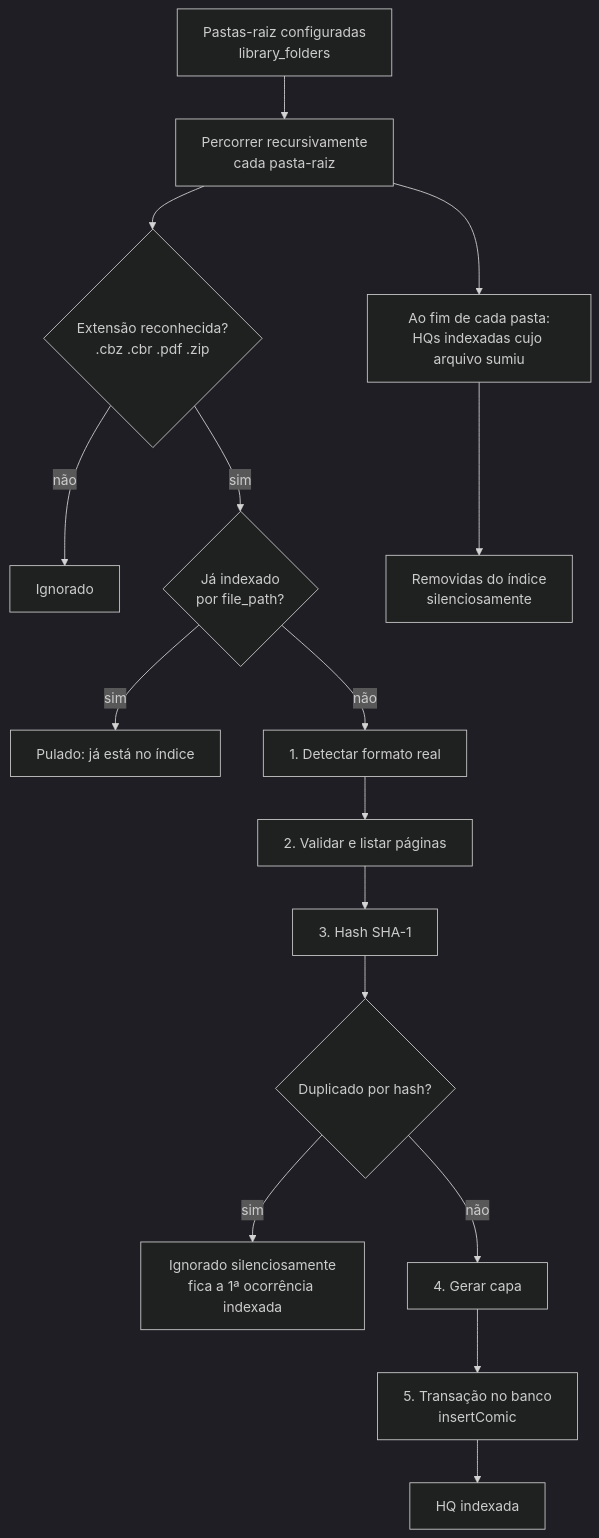
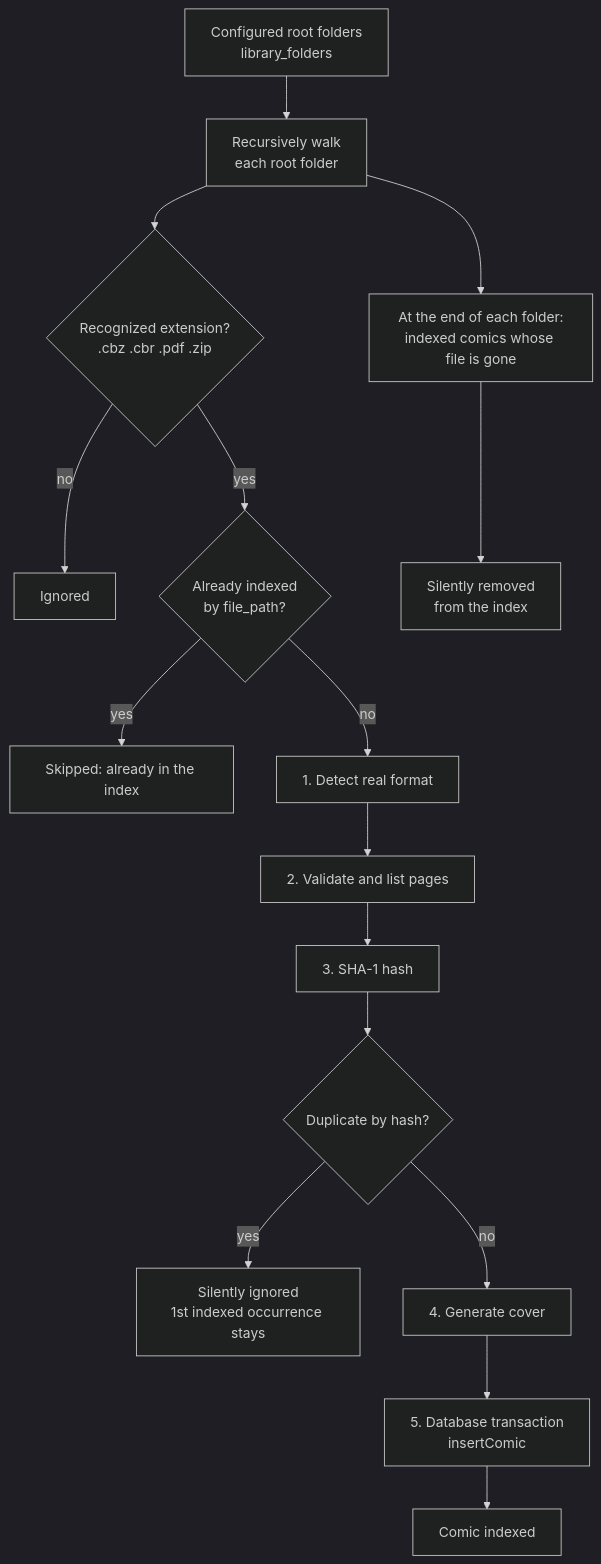
The diagram in docs/05-importacao.md (iguinn13/comic-reader), drawn with Mermaid (dark theme) before and after one commit. The commit also changed other lines of this file and 149 other files, not shown here.

````diff
--- a/docs/05-importacao.md
+++ b/docs/05-importacao.md
@@ -9,18 +9,18 @@
 ```mermaid
 flowchart TD
-  A[Pastas-raiz configuradas<br/>library_folders] --> B[Percorrer recursivamente<br/>cada pasta-raiz]
-  B --> C{Extensão reconhecida?<br/>.cbz .cbr .pdf .zip}
-  C -->|não| Z1[Ignorado]
-  C -->|sim| D{Já indexado<br/>por file_path?}
-  D -->|sim| Z2[Pulado: já está no índice]
-  D -->|não| E[1. Detectar formato real]
-  E --> F[2. Validar e listar páginas]
-  F --> G[3. Hash SHA-1]
-  G --> H{Duplicado por hash?}
-  H -->|sim| Z3[Ignorado silenciosamente<br/>fica a 1ª ocorrência indexada]
-  H -->|não| I[4. Gerar capa]
-  I --> J[5. Transação no banco<br/>insertComic]
-  J --> OK[HQ indexada]
-  B --> K[Ao fim de cada pasta:<br/>HQs indexadas cujo arquivo sumiu]
-  K --> L[Removidas do índice<br/>silenciosamente]
+  A[Configured root folders<br/>library_folders] --> B[Recursively walk<br/>each root folder]
+  B --> C{Recognized extension?<br/>.cbz .cbr .pdf .zip}
+  C -->|no| Z1[Ignored]
+  C -->|yes| D{Already indexed<br/>by file_path?}
+  D -->|yes| Z2[Skipped: already in the index]
+  D -->|no| E[1. Detect real format]
+  E --> F[2. Validate and list pages]
+  F --> G[3. SHA-1 hash]
+  G --> H{Duplicate by hash?}
+  H -->|yes| Z3[Silently ignored<br/>1st indexed occurrence stays]
+  H -->|no| I[4. Generate cover]
+  I --> J[5. Database transaction<br/>insertComic]
+  J --> OK[Comic indexed]
+  B --> K[At the end of each folder:<br/>indexed comics whose file is gone]
+  K --> L[Silently removed<br/>from the index]
 ```
````
